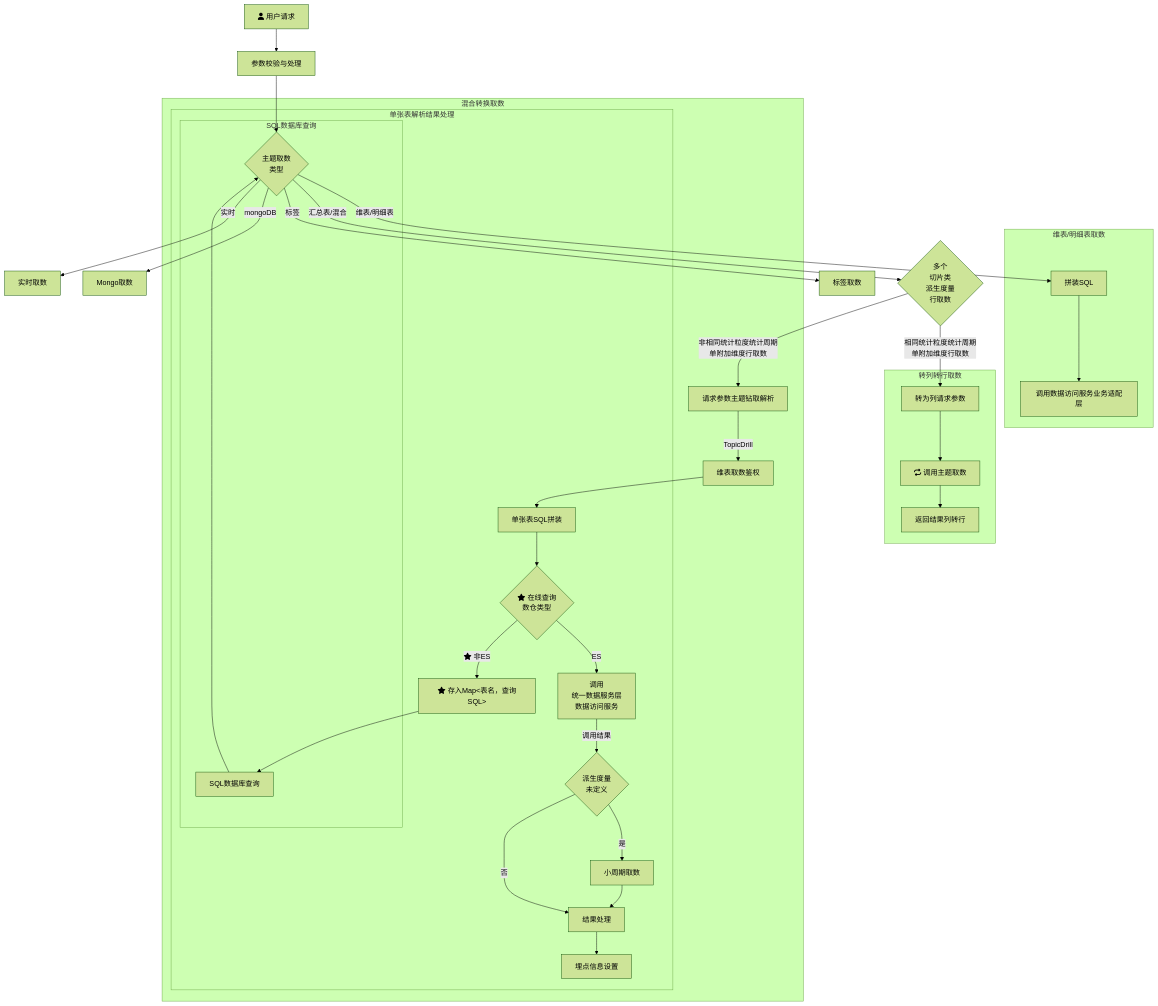
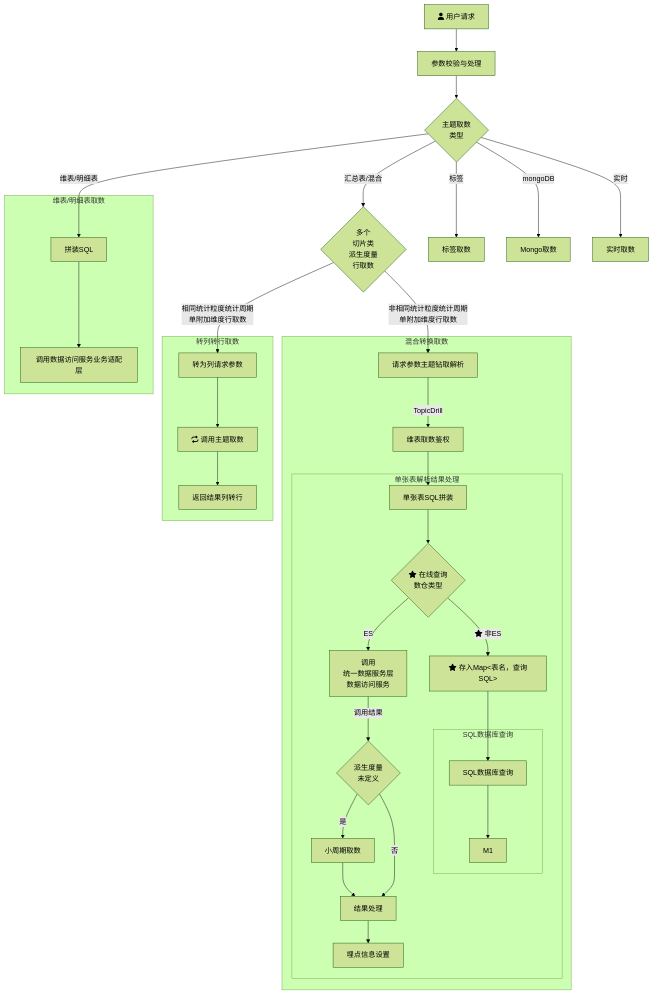
One commit to yanglosm/iodraw-files changed the diagram in all/未命名.md. Above: the diagram before and after it, drawn with Mermaid (forest theme).

Commit message:
2024-11-29 19:33:07 update

````diff
--- a/all/未命名.md
+++ b/all/未命名.md
@@ -1,30 +1,30 @@
 ```mermaid
 flowchart TD
     A[fa:fa-user 用户请求] -->A1[参数校验与处理] --> B{主题取数\n类型}
     B -->|维表/明细表| D[拼装SQL]
     B -->|汇总表/混合| E{多个\n切片类\n派生度量\n行取数}
     B -->|标签| F[标签取数]
     B -->|mongoDB| G[Mongo取数]
     B -->|实时| H[实时取数]
     E -->|相同统计粒度统计周期\n单附加维度行取数| E1[转为列请求参数]
     E -->|非相同统计粒度统计周期\n单附加维度行取数| T1[请求参数主题钻取解析]
     subgraph 维表/明细表取数
     D-->D1[调用数据访问服务业务适配层]
     end
     subgraph 转列转行取数
     E1-->E11[fa:fa-repeat 调用主题取数]-->E12[返回结果列转行]
     end
     subgraph 混合转换取数
     T1-->|TopicDrill| T2[维表取数鉴权] --> T31[单张表SQL拼装]
         subgraph 单张表解析结果处理
         T31 --> T4{fa:fa-star 在线查询\n数仓类型}-->|ES|T32[调用\n统一数据服务层\n数据访问服务] --> |调用结果|T33{派生度量\n未定义}
         T33 --> |是|T33_1[小周期取数]-->T34[结果处理]-->T35[埋点信息设置]
         T33 --> |否|T34
         T4 --> |fa:fa-star 非ES|T41["fa:fa-star 存入Map<表名，查询SQL>"]
         T41 --> T42[SQL数据库查询]
             subgraph SQL数据库查询
-            T42 --> B
+            T42 --> M1
             end
         end
     end
 ```
````
